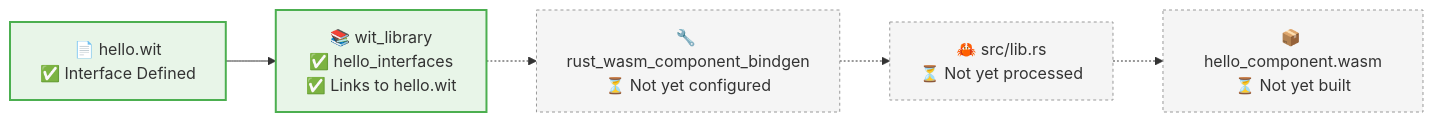
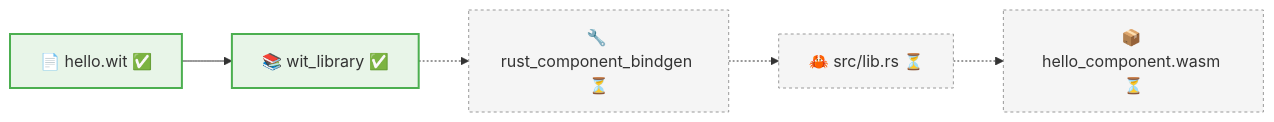
Before and after one commit to pulseengine/rules_wasm_component: the third of 6 diagrams in docs-site/src/content/docs/tutorials/code-explained.mdx, drawn with Mermaid. The commit also changed other lines of this file and 22 other files, not shown here.

````diff
--- a/docs-site/src/content/docs/tutorials/code-explained.mdx
+++ b/docs-site/src/content/docs/tutorials/code-explained.mdx
@@ -202,20 +202,20 @@
 ```mermaid
 flowchart LR
-    A["📄 hello.wit<br/>✅ Interface Defined"]
-    B1["📚 wit_library<br/>✅ hello_interfaces<br/>✅ Links to hello.wit"]
+    A[📄 hello.wit ✅]
+    B1[📚 wit_library ✅]
     
-    B2["🔧 rust_wasm_component_bindgen<br/>⏳ Not yet configured"]
-    C["🦀 src/lib.rs<br/>⏳ Not yet processed"]
-    D["📦 hello_component.wasm<br/>⏳ Not yet built"]
+    B2[🔧 rust_component_bindgen ⏳]
+    C[🦀 src/lib.rs ⏳]
+    D[📦 hello_component.wasm ⏳]
     
     A --> B1
     B1 -.-> B2
     B2 -.-> C
     C -.-> D
     
     style A fill:#e8f5e8,stroke:#4caf50,stroke-width:2px
     style B1 fill:#e8f5e8,stroke:#4caf50,stroke-width:2px
     style B2 fill:#f5f5f5,stroke:#999,stroke-dasharray: 3 3
     style C fill:#f5f5f5,stroke:#999,stroke-dasharray: 3 3
     style D fill:#f5f5f5,stroke:#999,stroke-dasharray: 3 3
 ```
````
